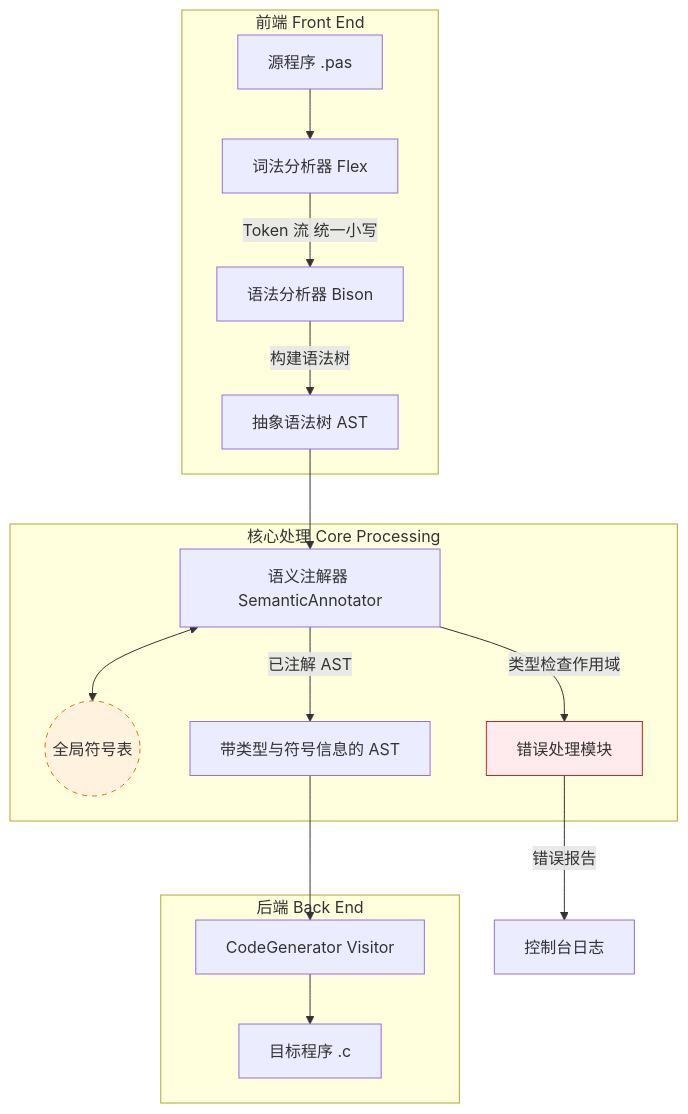
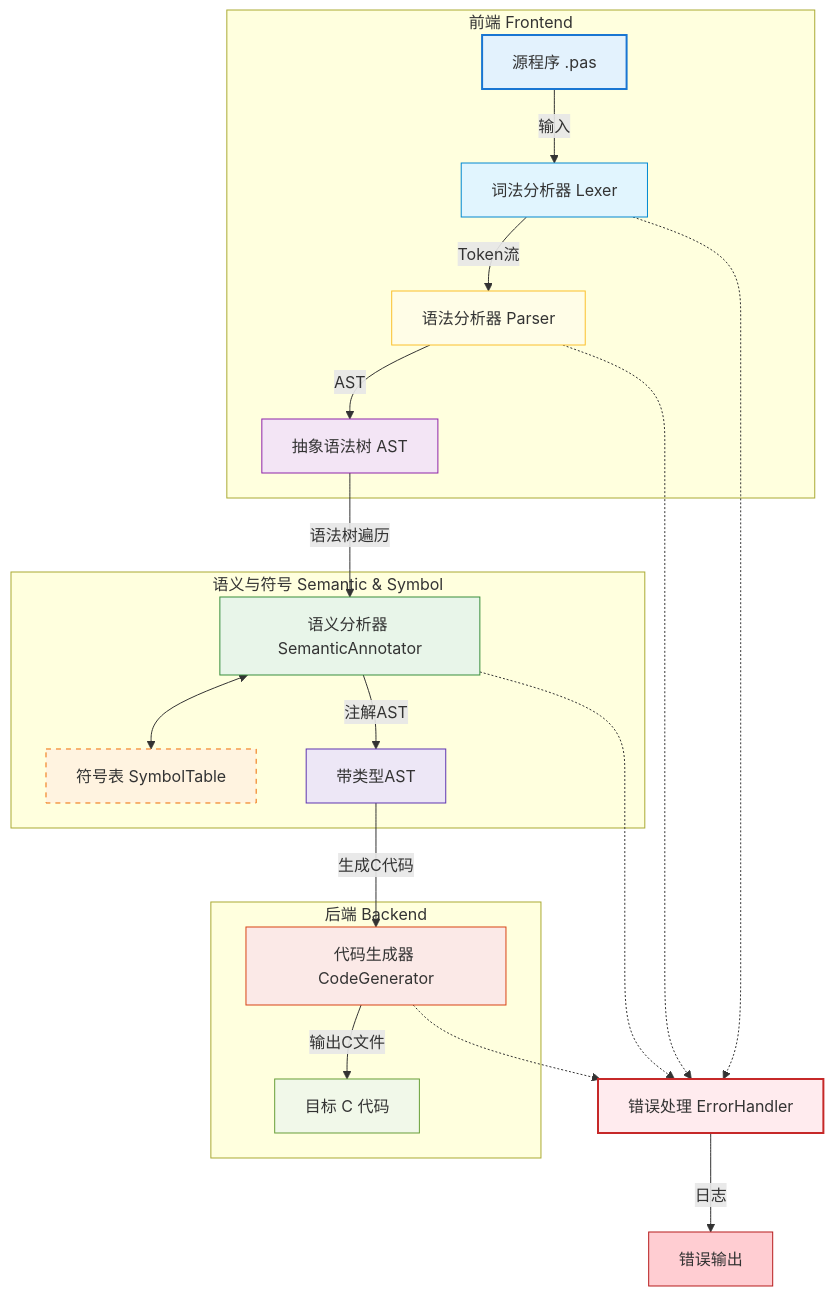
Before and after one commit to invalidval/CompilerDegisn: the second of 3 diagrams in docs/总体设计.md, drawn with Mermaid. The commit also changed other lines of this file and 210 other files, not shown here.

Commit message:
增加用例，修改文档图标

````diff
--- a/docs/总体设计.md
+++ b/docs/总体设计.md
@@ -73,25 +76,42 @@
 ```mermaid
-graph TB
-    subgraph FrontEnd [前端 Front End]
-        Source[源程序 .pas] --> Lexer[词法分析器 Flex]
-        Lexer -->|Token 流 统一小写 | Parser[语法分析器 Bison]
-        Parser -->|构建语法树| AST[抽象语法树 AST]
+flowchart TB
+    %% 分层结构
+    subgraph 前端 Frontend
+        src[源程序 .pas]
+        src -- 输入 --> lex[词法分析器 Lexer]
+        lex -- Token流 --> parse[语法分析器 Parser]
+        parse -- AST --> ast[抽象语法树 AST]
     end
 
-    subgraph CoreProc [核心处理 Core Processing]
-        AST --> Annotator[语义注解器 SemanticAnnotator]
-        Annotator <--> SymTab((全局符号表))
-        Annotator -->|已注解 AST| TypedAST[带类型与符号信息的 AST]
-        Annotator -- 类型检查作用域 --> ErrHandler[错误处理模块]
+    subgraph 语义与符号 Semantic & Symbol
+        ast -- 语法树遍历 --> sem[语义分析器 SemanticAnnotator]
+        sem <--> symtab[符号表 SymbolTable]
+        sem -- 注解AST --> tast[带类型AST]
     end
 
-    subgraph BackEnd [后端 Back End]
-        TypedAST --> CodeGen[CodeGenerator Visitor]
-        CodeGen --> Target[目标程序 .c]
+    subgraph 后端 Backend
+        tast -- 生成C代码 --> codegen[代码生成器 CodeGenerator]
+        codegen -- 输出C文件 --> cfile[目标 C 代码]
     end
 
-    ErrHandler -->|错误报告 | Console[控制台日志]
-    
-    style SymTab fill:#fff3e0,stroke:#ef6c00,stroke-dasharray: 5 5
-    style ErrHandler fill:#ffebee,stroke:#c62828
+    %% 全局服务
+    error_handler[错误处理 ErrorHandler]
+    lex -.-> error_handler
+    parse -.-> error_handler
+    sem -.-> error_handler
+    codegen -.-> error_handler
+    error_handler -- 日志 --> errout[错误输出]
+
+    %% 色彩美化
+    style src fill:#e3f2fd,stroke:#1976d2,stroke-width:2px
+    style lex fill:#e1f5fe,stroke:#0288d1
+    style parse fill:#fffde7,stroke:#fbc02d
+    style ast fill:#f3e5f5,stroke:#8e24aa
+    style sem fill:#e8f5e9,stroke:#388e3c
+    style symtab fill:#fff3e0,stroke:#ef6c00,stroke-dasharray: 5 5
+    style tast fill:#ede7f6,stroke:#5e35b1
+    style codegen fill:#fbe9e7,stroke:#d84315
+    style cfile fill:#f1f8e9,stroke:#689f38
+    style error_handler fill:#ffebee,stroke:#c62828,stroke-width:2px
+    style errout fill:#ffcdd2,stroke:#b71c1c
 ```
````
